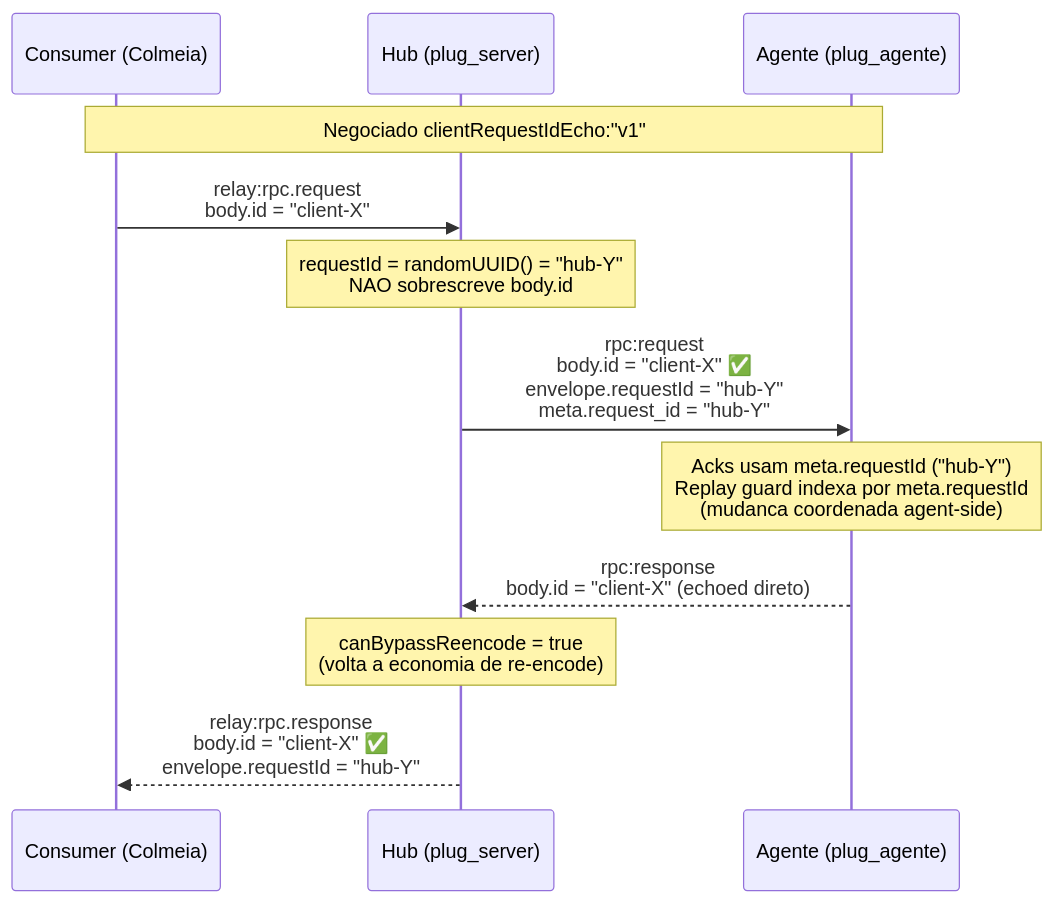
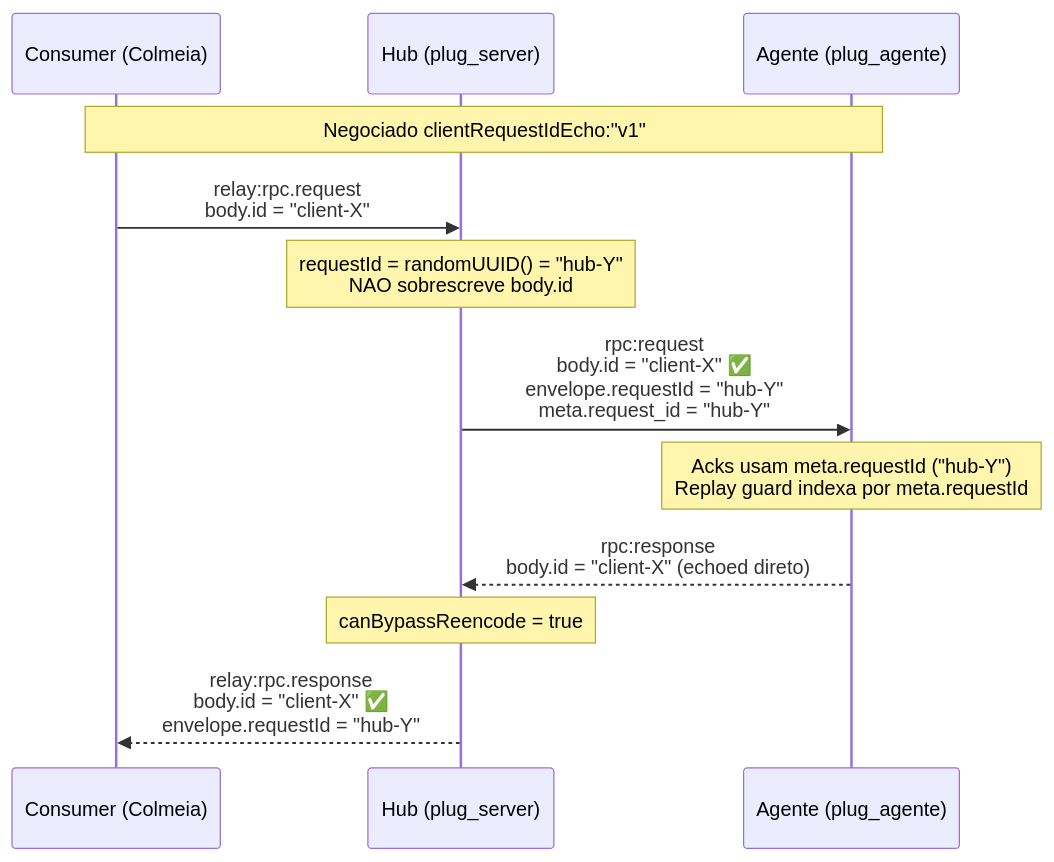
Before and after one commit to cesar-carlos/plug_server: the third of 3 diagrams in docs/plug_agente/01_relay_body_id_echo.md, drawn with Mermaid. The commit also changed other lines of this file and 22 other files, not shown here.

````diff
--- a/docs/plug_agente/01_relay_body_id_echo.md
+++ b/docs/plug_agente/01_relay_body_id_echo.md
@@ -66,15 +67,15 @@
 ```mermaid
 sequenceDiagram
     participant C as Consumer (Colmeia)
     participant H as Hub (plug_server)
     participant A as Agente (plug_agente)
 
     Note over C,A: Negociado clientRequestIdEcho:"v1"
     C->>H: relay:rpc.request<br/>body.id = "client-X"
     Note over H: requestId = randomUUID() = "hub-Y"<br/>NAO sobrescreve body.id
     H->>A: rpc:request<br/>body.id = "client-X" ✅<br/>envelope.requestId = "hub-Y"<br/>meta.request_id = "hub-Y"
-    Note over A: Acks usam meta.requestId ("hub-Y")<br/>Replay guard indexa por meta.requestId<br/>(mudanca coordenada agent-side)
+    Note over A: Acks usam meta.requestId ("hub-Y")<br/>Replay guard indexa por meta.requestId
     A-->>H: rpc:response<br/>body.id = "client-X" (echoed direto)
-    Note over H: canBypassReencode = true<br/>(volta a economia de re-encode)
+    Note over H: canBypassReencode = true
     H-->>C: relay:rpc.response<br/>body.id = "client-X" ✅<br/>envelope.requestId = "hub-Y"
 ```
````
